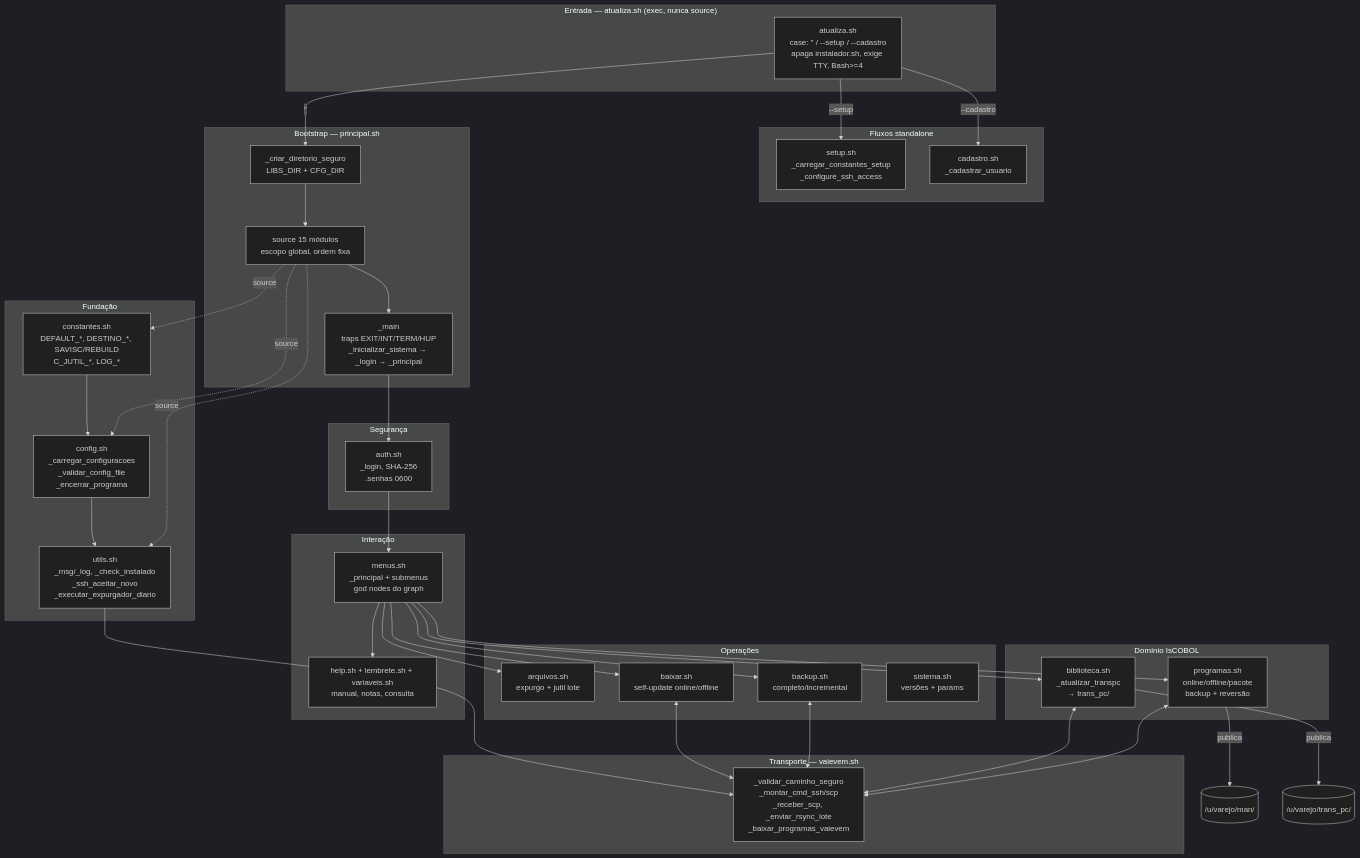
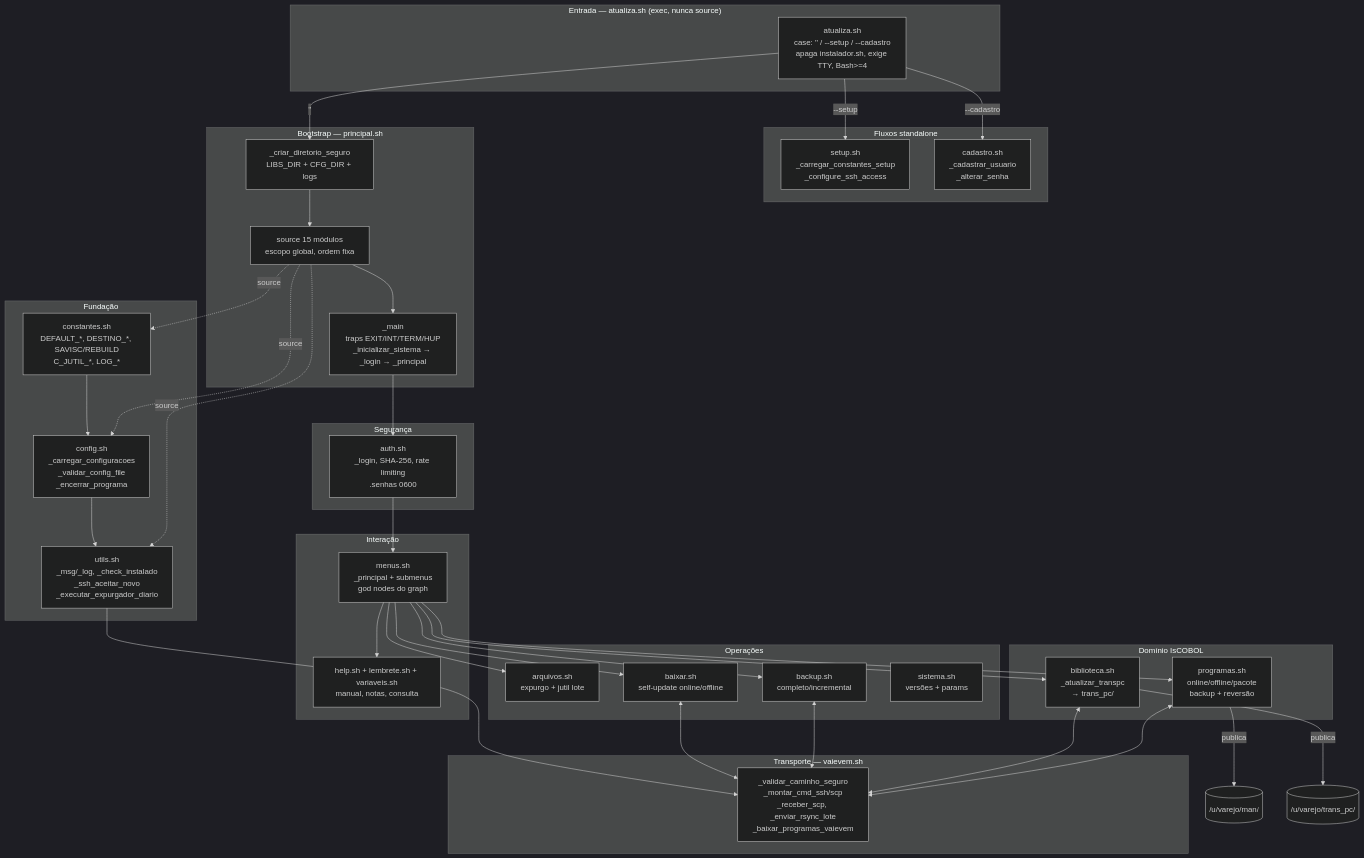
The diagram in ARCHITECTURE.md (Luizaugusto1962/Atualiza), drawn with Mermaid (dark theme) before and after one commit. The commit also changed other lines of this file and 4 other files, not shown here.

First line of the commit message:
feat(auth): aprimorar o hashing de senhas e a autenticação de usuários

````diff
--- a/ARCHITECTURE.md
+++ b/ARCHITECTURE.md
@@ -93,65 +93,65 @@
 ```mermaid
 flowchart TB
     subgraph Entry["Entrada — atualiza.sh (exec, nunca source)"]
         A[atualiza.sh<br/>case: '' / --setup / --cadastro<br/>apaga instalador.sh, exige TTY, Bash>=4]
     end
 
     subgraph Standalone["Fluxos standalone"]
         S[setup.sh<br/>_carregar_constantes_setup<br/>_configure_ssh_access]
-        C[cadastro.sh<br/>_cadastrar_usuario]
+        C[cadastro.sh<br/>_cadastrar_usuario<br/>_alterar_senha]
     end
 
     subgraph Bootstrap["Bootstrap — principal.sh"]
-        P1[_criar_diretorio_seguro<br/>LIBS_DIR + CFG_DIR]
+        P1[_criar_diretorio_seguro<br/>LIBS_DIR + CFG_DIR + logs]
         P2[source 15 módulos<br/>escopo global, ordem fixa]
         P3[_main<br/>traps EXIT/INT/TERM/HUP<br/>_inicializar_sistema → _login → _principal]
     end
 
     subgraph Fundacao["Fundação"]
         K[constantes.sh<br/>DEFAULT_*, DESTINO_*, SAVISC/REBUILD<br/>C_JUTIL_*, LOG_*]
         CFG[config.sh<br/>_carregar_configuracoes<br/>_validar_config_file<br/>_encerrar_programa]
         U[utils.sh<br/>_msg/_log, _check_instalado<br/>_ssh_aceitar_novo<br/>_executar_expurgador_diario]
     end
 
     subgraph Seguranca["Segurança"]
-        AUTH[auth.sh<br/>_login, SHA-256<br/>.senhas 0600]
+        AUTH[auth.sh<br/>_login, SHA-256, rate limiting<br/>.senhas 0600]
     end
 
     subgraph Transporte["Transporte — vaievem.sh"]
         V[_validar_caminho_seguro<br/>_montar_cmd_ssh/scp<br/>_receber_scp, _enviar_rsync_lote<br/>_baixar_programas_vaievem]
     end
 
     subgraph Dominio["Domínio IsCOBOL"]
         PRG[programas.sh<br/>online/offline/pacote<br/>backup + reversão]
         BIB[biblioteca.sh<br/>_atualizar_transpc<br/>→ trans_pc/]
     end
 
     subgraph Ops["Operações"]
         ARQ[arquivos.sh<br/>expurgo + jutil lote]
         BKP[backup.sh<br/>completo/incremental]
         BX[baixar.sh<br/>self-update online/offline]
         SIS[sistema.sh<br/>versões + params]
     end
 
     subgraph UI["Interação"]
         M[menus.sh<br/>_principal + submenus<br/>god nodes do graph]
         H[help.sh + lembrete.sh + variaveis.sh<br/>manual, notas, consulta]
     end
 
     A -->|"''"| P1
     A -->|"--setup"| S
     A -->|"--cadastro"| C
     P1 --> P2 --> P3
     P2 -. source .-> K
     P2 -. source .-> CFG
     P2 -. source .-> U
     P3 --> AUTH --> M
     M --> PRG & BIB & BKP & ARQ & BX & H
     PRG <--> V
     BIB <--> V
     BKP <--> V
     BX <--> V
     PRG -->|publica| DEST1[(/u/varejo/man/)]
     BIB -->|publica| DEST2[(/u/varejo/trans_pc/)]
     K --> CFG --> U --> V
 ```
````
